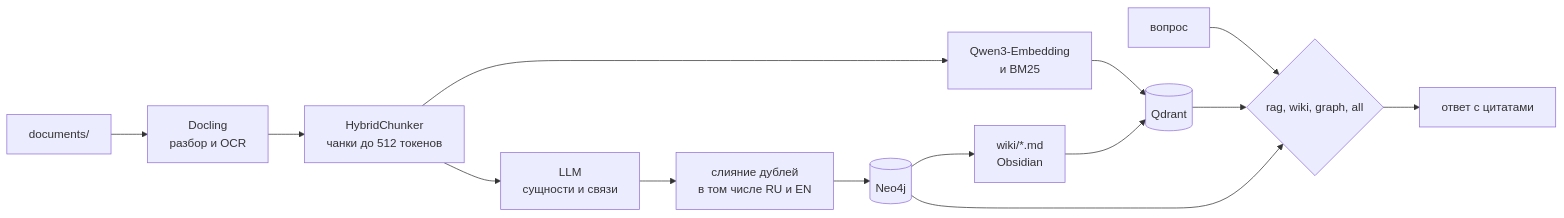
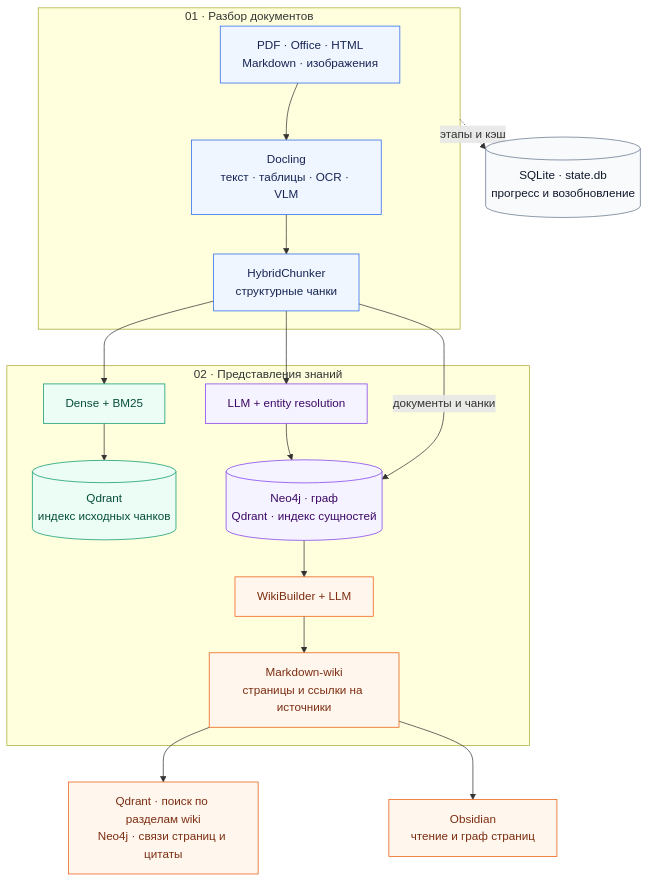
The first of 13 diagrams in README.md (000p1umDiesel/Atlas), drawn with Mermaid before and after one commit. The commit also changed other lines of this file and 18 other files, not shown here.

````diff
--- a/README.md
+++ b/README.md
@@ -36,16 +52,31 @@
 ```mermaid
-flowchart LR
-    DOCS["documents/"] --> PARSE["Docling<br/>разбор и OCR"]
-    PARSE --> CHUNK["HybridChunker<br/>чанки до 512 токенов"]
-    CHUNK --> EMB["Qwen3-Embedding<br/>и BM25"]
-    EMB --> QD[("Qdrant")]
-    CHUNK --> EXT["LLM<br/>сущности и связи"]
-    EXT --> RES["слияние дублей<br/>в том числе RU и EN"]
-    RES --> NEO[("Neo4j")]
-    NEO --> WIKI["wiki/*.md<br/>Obsidian"]
-    WIKI --> QD
-    Q["вопрос"] --> MODES{"rag, wiki, graph, all"}
-    QD --> MODES
-    NEO --> MODES
-    MODES --> ANS["ответ с цитатами"]
+flowchart TB
+    subgraph INPUT["01 · Разбор документов"]
+        DOCS["PDF · Office · HTML<br/>Markdown · изображения"] --> PARSE["Docling<br/>текст · таблицы · OCR · VLM"]
+        PARSE --> CHUNK["HybridChunker<br/>структурные чанки"]
+    end
+
+    subgraph KNOWLEDGE["02 · Представления знаний"]
+        EMB["Dense + BM25"] --> VECTORS[("Qdrant<br/>индекс исходных чанков")]
+        EXTRACT["LLM + entity resolution"] --> GRAPH[("Neo4j · граф<br/>Qdrant · индекс сущностей")]
+        BUILD["WikiBuilder + LLM"] --> WIKI["Markdown-wiki<br/>страницы и ссылки на источники"]
+    end
+    CHUNK --> EMB
+    CHUNK --> EXTRACT
+    CHUNK -->|"документы и чанки"| GRAPH
+    GRAPH --> BUILD
+    WIKI --> INDEX["Qdrant · поиск по разделам wiki<br/>Neo4j · связи страниц и цитаты"]
+    WIKI --> OBSIDIAN["Obsidian<br/>чтение и граф страниц"]
+    INPUT -. "этапы и кэш" .-> STATE[("SQLite · state.db<br/>прогресс и возобновление")]
+
+    classDef source fill:#eff6ff,stroke:#2563eb,color:#172554
+    classDef rag fill:#ecfdf5,stroke:#059669,color:#064e3b
+    classDef graphLayer fill:#f5f3ff,stroke:#7c3aed,color:#3b0764
+    classDef wiki fill:#fff7ed,stroke:#ea580c,color:#7c2d12
+    classDef state fill:#f8fafc,stroke:#64748b,color:#0f172a
+    class DOCS,PARSE,CHUNK source
+    class EMB,VECTORS rag
+    class EXTRACT,GRAPH graphLayer
+    class BUILD,WIKI,INDEX,OBSIDIAN wiki
+    class STATE state
 ```
````
